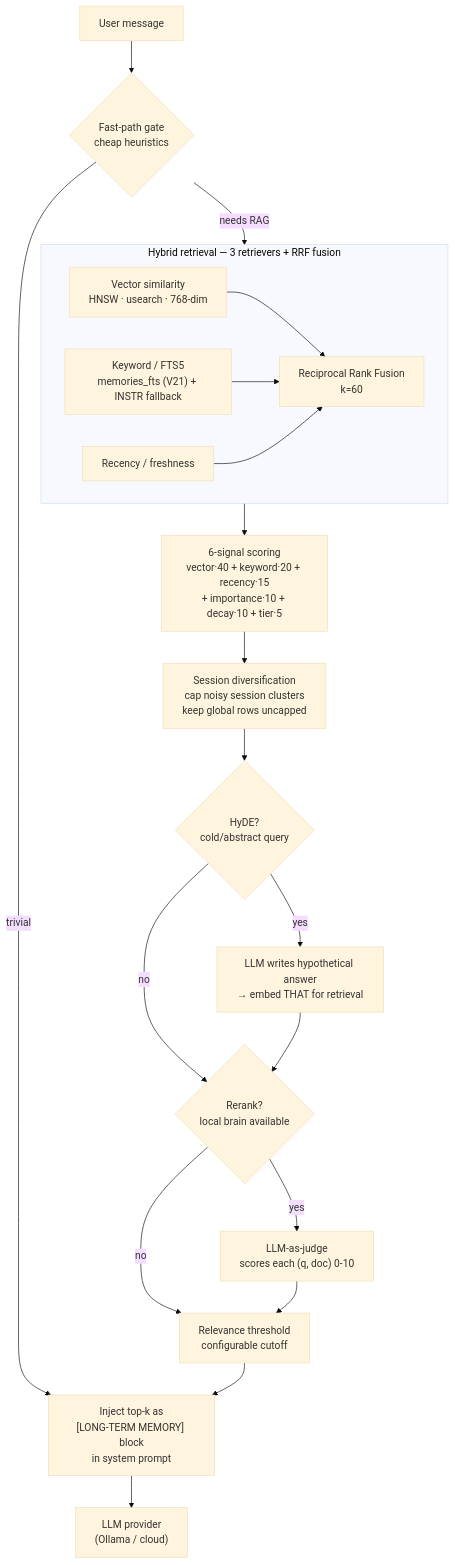
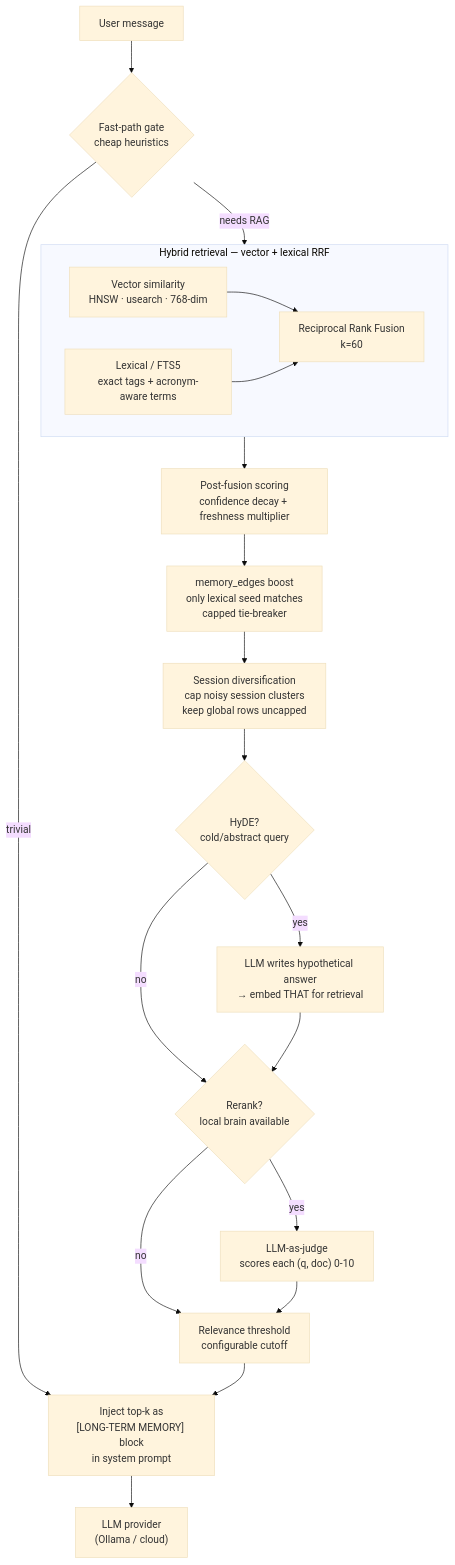
Before and after one commit to Terranes/TerranSoul: the third of 5 diagrams in docs/brain-advanced-design.md, drawn with Mermaid (base theme). The commit also changed other lines of this file and 31 other files, not shown here.

````diff
--- a/docs/brain-advanced-design.md
+++ b/docs/brain-advanced-design.md
@@ -68,27 +68,26 @@
 ```mermaid
 flowchart TB
     Q["User message"] --> GATE{"Fast-path gate<br/>cheap heuristics"}
     GATE -->|trivial| INJECT
     GATE -->|needs RAG| HYBRID
 
-    subgraph HYBRID["Hybrid retrieval — 3 retrievers + RRF fusion"]
+    subgraph HYBRID["Hybrid retrieval — vector + lexical RRF"]
         VEC["Vector similarity<br/>HNSW · usearch · 768-dim"]
-        KW["Keyword / FTS5<br/>memories_fts (V21) + INSTR fallback"]
-        FRESH["Recency / freshness"]
+        KW["Lexical / FTS5<br/>exact tags + acronym-aware terms"]
         VEC --> RRF["Reciprocal Rank Fusion<br/>k=60"]
         KW --> RRF
-        FRESH --> RRF
     end
 
-    HYBRID --> SCORE["6-signal scoring<br/>vector·40 + keyword·20 + recency·15<br/>+ importance·10 + decay·10 + tier·5"]
-    SCORE --> DIVERSE["Session diversification<br/>cap noisy session clusters<br/>keep global rows uncapped"]
+    HYBRID --> SCORE["Post-fusion scoring<br/>confidence decay + freshness multiplier"]
+    SCORE --> KG["memory_edges boost<br/>only lexical seed matches<br/>capped tie-breaker"]
+    KG --> DIVERSE["Session diversification<br/>cap noisy session clusters<br/>keep global rows uncapped"]
     DIVERSE --> HYDE{"HyDE?<br/>cold/abstract query"}
     HYDE -->|yes| HYDE_GEN["LLM writes hypothetical answer<br/>→ embed THAT for retrieval"]
     HYDE -->|no| RERANK
     HYDE_GEN --> RERANK
     RERANK{"Rerank?<br/>local brain available"} -->|yes| LLM_JUDGE["LLM-as-judge<br/>scores each (q, doc) 0-10"]
     RERANK -->|no| THRESHOLD
     LLM_JUDGE --> THRESHOLD["Relevance threshold<br/>configurable cutoff"]
     THRESHOLD --> INJECT["Inject top-k as<br/>[LONG-TERM MEMORY] block<br/>in system prompt"]
     INJECT --> LLM["LLM provider<br/>(Ollama / cloud)"]
 ```
````
